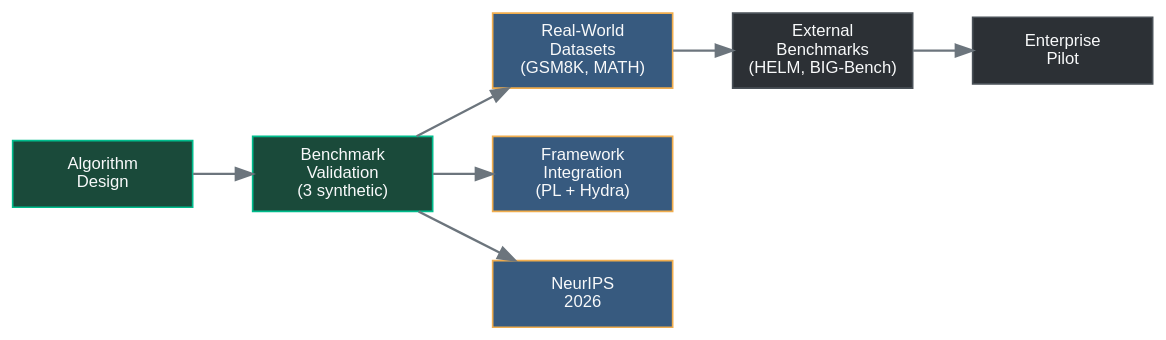
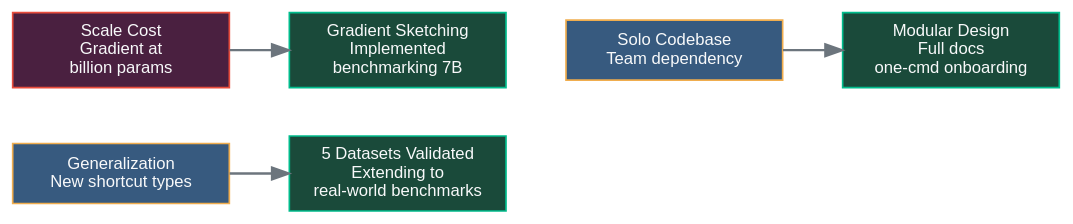
One commit to HongyuCao3/short-cut-aware-data-centric-reasoning changed the sixth of 7 diagrams in docs/investor/roadmap.qmd. Above: the diagram before and after it, drawn with Graphviz. The commit also changed other lines of this file and 6 other files, not shown here.

````diff
--- a/docs/investor/roadmap.qmd
+++ b/docs/investor/roadmap.qmd
@@ -8,29 +175,35 @@
 ```{dot}
-//| label: fig-roadmap
-//| fig-cap: "Current stage: research validated, moving toward integration and pilots"
-//| fig-width: 7.5
+//| label: fig-challenges
+//| fig-cap: "Every challenge has an active mitigation"
+//| fig-width: 6
 //| fig-height: 3.5
 digraph G {
   bgcolor="transparent"
-  rankdir=LR
-  graph [ranksep=0.5, nodesep=0.4]
+  rankdir=TB
+  graph [ranksep=0.4, nodesep=0.5]
   node [style=filled, fillcolor="#2c3035", color="#4a9eda",
         fontcolor="#f8f9fa", fontname="Arial", fontsize=10,
-        shape=box, width=1.5, height=0.55, margin="0.12,0.08"]
-  edge [color="#6c757d", penwidth=1.4, style=bold]
+        shape=box, width=1.8, height=0.5, margin="0.12,0.08"]
+  edge [color="#6c757d", penwidth=1.4]
 
-  A [label="Algorithm\nDesign", fillcolor="#1a4a3a", color="#00bc8c"]
-  B [label="Benchmark\nValidation\n(3 synthetic)", fillcolor="#1a4a3a", color="#00bc8c"]
-  C [label="Real-World\nDatasets\n(GSM8K, MATH)", fillcolor="#375a7f", color="#f0ad4e"]
-  D [label="Framework\nIntegration\n(PL + Hydra)", fillcolor="#375a7f", color="#f0ad4e"]
-  E [label="External\nBenchmarks\n(HELM, BIG-Bench)", fillcolor="#2c3035", color="#495057"]
-  F [label="Enterprise\nPilot", fillcolor="#2c3035", color="#495057"]
-  G [label="NeurIPS\n2026", fillcolor="#375a7f", color="#f0ad4e"]
+  A1 [label="Scale Cost\nGradient at\nbillion params", fillcolor="#4a2040", color="#e74c3c"]
+  A2 [label="Gradient Sketching\nImplemented\nbenchmarking 7B", fillcolor="#1a4a3a", color="#00bc8c"]
 
-  A -> B -> C -> E -> F
-  B -> D
-  B -> G
+  B1 [label="Generalization\nNew shortcut types", fillcolor="#375a7f", color="#f0ad4e"]
+  B2 [label="5 Datasets Validated\nExtending to\nreal-world benchmarks", fillcolor="#1a4a3a", color="#00bc8c"]
 
-  { rank=same; C; D; G }
+  C1 [label="Solo Codebase\nTeam dependency", fillcolor="#375a7f", color="#f0ad4e"]
+  C2 [label="Modular Design\nFull docs\none-cmd onboarding", fillcolor="#1a4a3a", color="#00bc8c"]
+
+  { rank=same; A1; A2 }
+  { rank=same; B1; B2 }
+  { rank=same; C1; C2 }
+
+  A1 -> A2
+  B1 -> B2
+  C1 -> C2
+
+  A1 -> B1 [style=invis]
+  A2 -> B2 [style=invis]
 }
 ```
````
